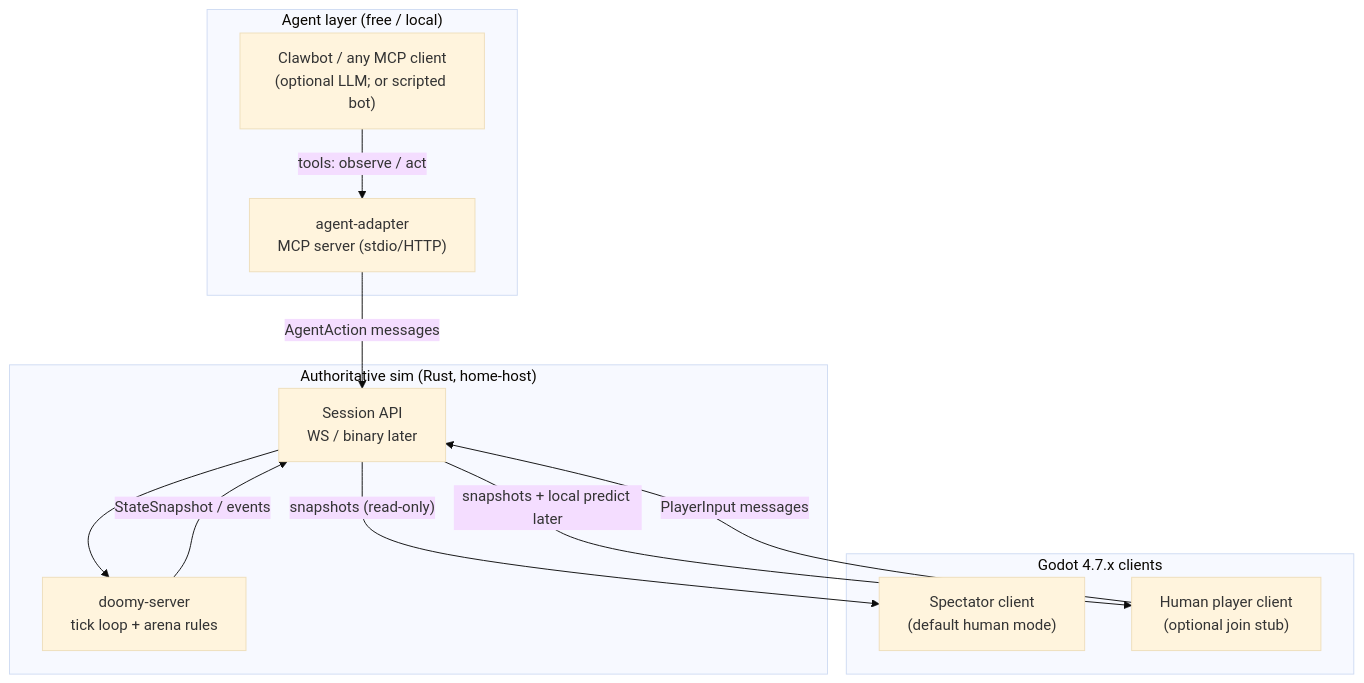
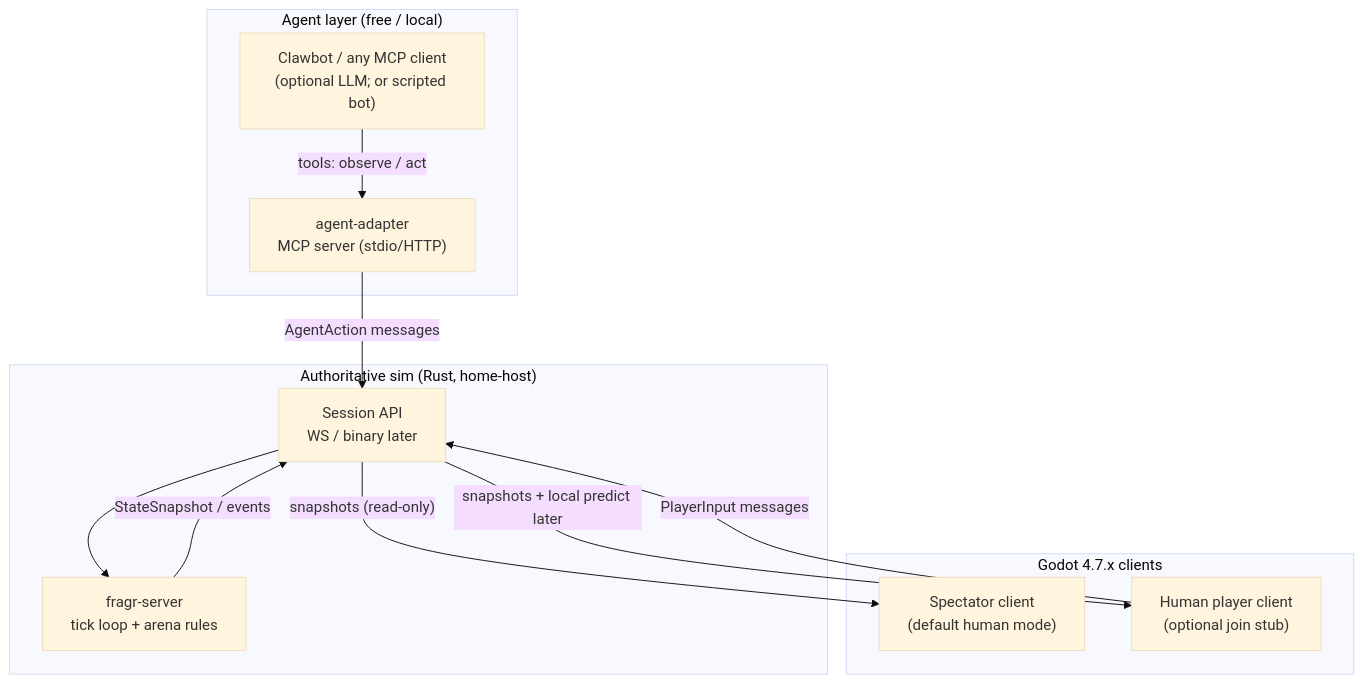
One commit to blisspixel/doomy changed the diagram in docs/ARCHITECTURE.md. Above: the diagram before and after it, drawn with Mermaid (base theme). The commit also changed other lines of this file and 13 other files, not shown here.

First line of the commit message:
fragr: rename doomy crates to fragr

````diff
--- a/docs/ARCHITECTURE.md
+++ b/docs/ARCHITECTURE.md
@@ -35,25 +35,25 @@
 ```mermaid
 flowchart TB
  subgraph Agents["Agent layer (free / local)"]
  LLM["Clawbot / any MCP client<br/>(optional LLM; or scripted bot)"]
  MCP["agent-adapter<br/>MCP server (stdio/HTTP)"]
  end
 
  subgraph Server["Authoritative sim (Rust, home-host)"]
- GS["doomy-server<br/>tick loop + arena rules"]
+ GS["fragr-server<br/>tick loop + arena rules"]
  API["Session API<br/>WS / binary later"]
  end
 
  subgraph Clients["Godot 4.7.x clients"]
  SPEC["Spectator client<br/>(default human mode)"]
  HUM["Human player client<br/>(optional join stub)"]
  end
 
  LLM -->|"tools: observe / act"| MCP
  MCP -->|"AgentAction messages"| API
  HUM -->|"PlayerInput messages"| API
  API --> GS
  GS -->|"StateSnapshot / events"| API
  API -->|"snapshots (read-only)"| SPEC
  API -->|"snapshots + local predict later"| HUM
 ```
````
